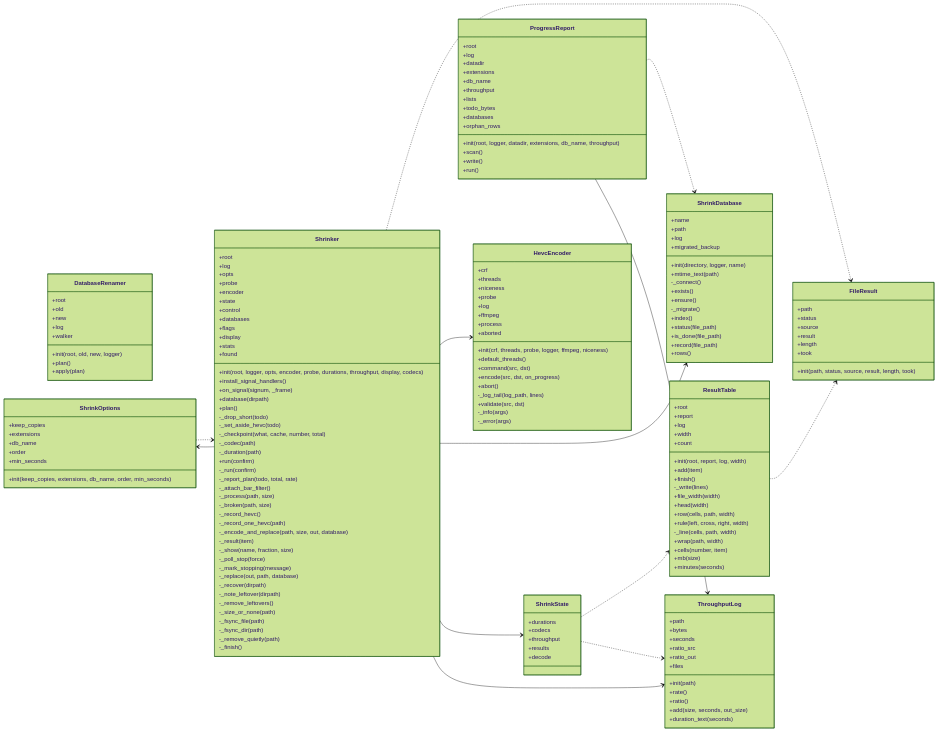
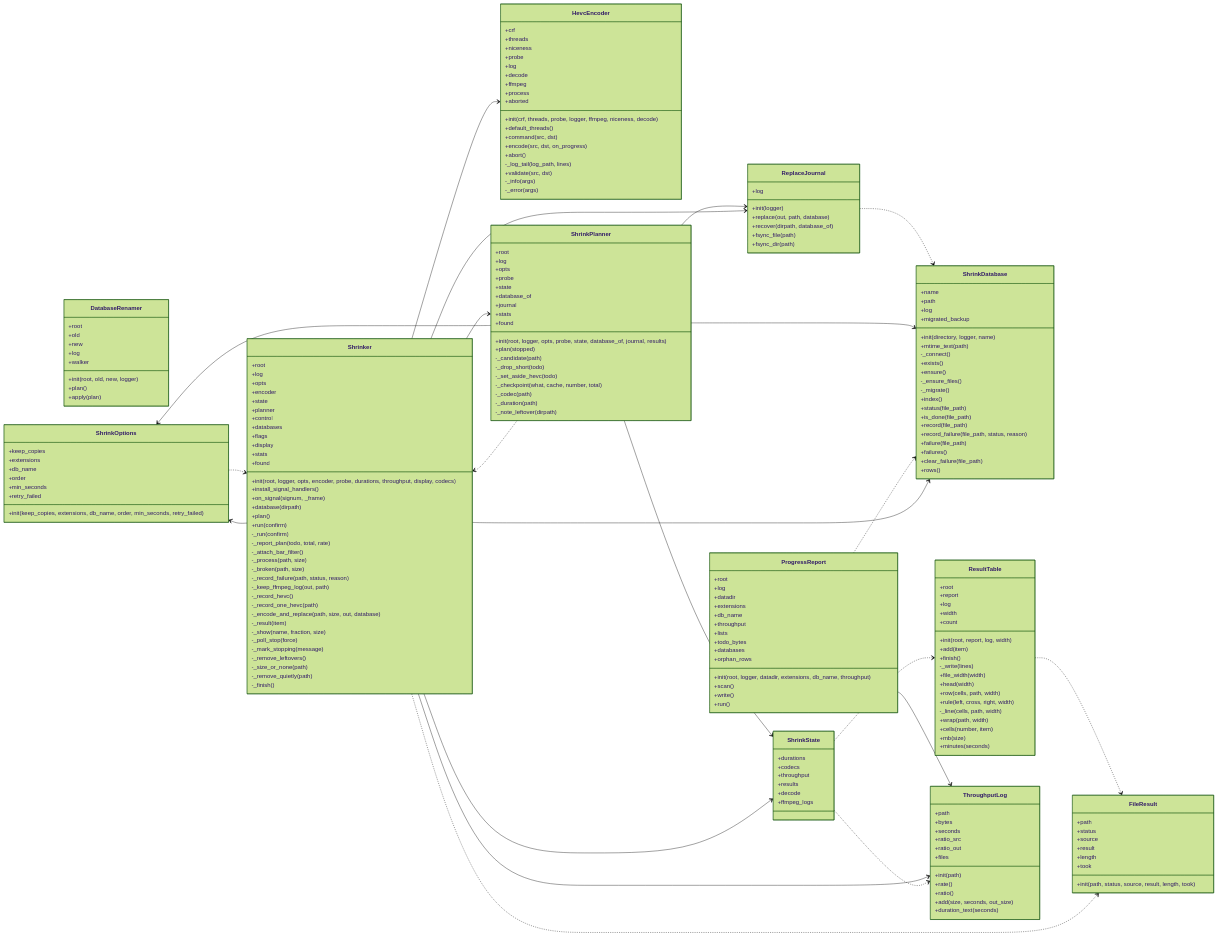
The diagram in docs/img/uml_shrink.mmd (peddanet/mediatools), drawn with Mermaid (forest theme) before and after one commit. The commit also changed 28 other files, not shown here.

```diff
--- a/docs/img/uml_shrink.mmd
+++ b/docs/img/uml_shrink.mmd
@@ -10,11 +10,16 @@
     -_connect()
     +exists()
     +ensure()
+    -_ensure_files()
     -_migrate()
     +index()
     +status(file_path)
     +is_done(file_path)
     +record(file_path)
+    +record_failure(file_path, status, reason)
+    +failure(file_path)
+    +failures()
+    +clear_failure(file_path)
     +rows()
   }
   class DatabaseRenamer {
@@ -33,10 +38,11 @@
     +niceness
     +probe
     +log
+    +decode
     +ffmpeg
     +process
     +aborted
-    +init(crf, threads, probe, logger, ffmpeg, niceness)
+    +init(crf, threads, probe, logger, ffmpeg, niceness, decode)
     +default_threads()
     +command(src, dst)
     +encode(src, dst, on_progress)
@@ -55,13 +61,42 @@
     +took
     +init(path, status, source, result, length, took)
   }
+  class ReplaceJournal {
+    +log
+    +init(logger)
+    +replace(out, path, database)
+    +recover(dirpath, database_of)
+    +fsync_file(path)
+    +fsync_dir(path)
+  }
   class ShrinkOptions {
     +keep_copies
     +extensions
     +db_name
     +order
     +min_seconds
-    +init(keep_copies, extensions, db_name, order, min_seconds)
+    +retry_failed
+    +init(keep_copies, extensions, db_name, order, min_seconds, retry_failed)
+  }
+  class ShrinkPlanner {
+    +root
+    +log
+    +opts
+    +probe
+    +state
+    +database_of
+    +journal
+    +stats
+    +found
+    +init(root, logger, opts, probe, state, database_of, journal, results)
+    +plan(stopped)
+    -_candidate(path)
+    -_drop_short(todo)
+    -_set_aside_hevc(todo)
+    -_checkpoint(what, cache, number, total)
+    -_codec(path)
+    -_duration(path)
+    -_note_leftover(dirpath)
   }
   class ProgressReport {
     +root
@@ -103,9 +138,9 @@
     +root
     +log
     +opts
-    +probe
     +encoder
     +state
+    +planner
     +control
     +databases
     +flags
@@ -117,17 +152,14 @@
     +on_signal(signum, _frame)
     +database(dirpath)
     +plan()
-    -_drop_short(todo)
-    -_set_aside_hevc(todo)
-    -_checkpoint(what, cache, number, total)
-    -_codec(path)
-    -_duration(path)
     +run(confirm)
     -_run(confirm)
     -_report_plan(todo, total, rate)
     -_attach_bar_filter()
     -_process(path, size)
     -_broken(path, size)
+    -_record_failure(path, status, reason)
+    -_keep_ffmpeg_log(out, path)
     -_record_hevc()
     -_record_one_hevc(path)
     -_encode_and_replace(path, size, out, database)
@@ -135,13 +167,8 @@
     -_show(name, fraction, size)
     -_poll_stop(force)
     -_mark_stopping(message)
-    -_replace(out, path, database)
-    -_recover(dirpath)
-    -_note_leftover(dirpath)
     -_remove_leftovers()
     -_size_or_none(path)
-    -_fsync_file(path)
-    -_fsync_dir(path)
     -_remove_quietly(path)
     -_finish()
   }
@@ -151,6 +178,7 @@
     +throughput
     +results
     +decode
+    +ffmpeg_logs
   }
   class ThroughputLog {
     +path
@@ -165,14 +193,22 @@
     +add(size, seconds, out_size)
     +duration_text(seconds)
   }
+  ReplaceJournal ..> ShrinkDatabase
   ShrinkOptions ..> Shrinker
+  ShrinkPlanner --> ReplaceJournal
+  ShrinkPlanner --> ShrinkDatabase
+  ShrinkPlanner --> ShrinkOptions
+  ShrinkPlanner --> ShrinkState
+  ShrinkPlanner ..> Shrinker
   ProgressReport ..> ShrinkDatabase
   ProgressReport --> ThroughputLog
   ResultTable ..> FileResult
   Shrinker ..> FileResult
   Shrinker --> HevcEncoder
+  Shrinker --> ReplaceJournal
   Shrinker --> ShrinkDatabase
   Shrinker --> ShrinkOptions
+  Shrinker --> ShrinkPlanner
   Shrinker --> ShrinkState
   Shrinker --> ThroughputLog
   ShrinkState ..> ResultTable
```
